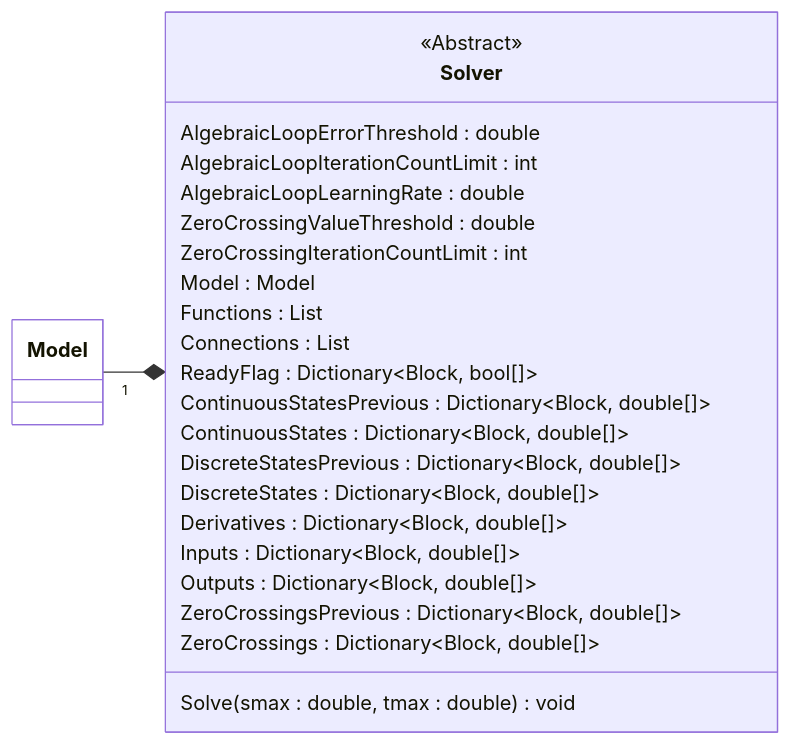
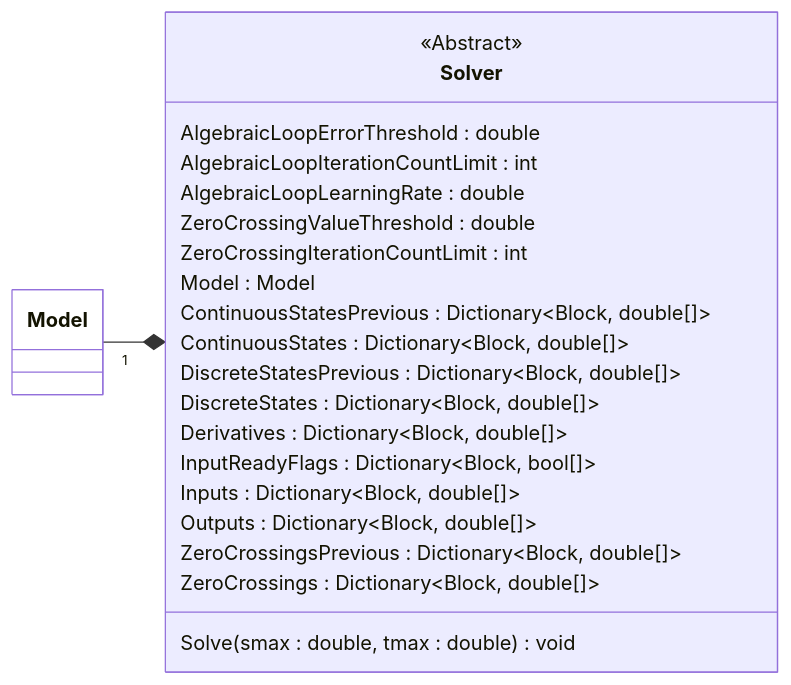
One commit to ghackenberg/kurs-computer-simulation changed the diagram in Quellen/WS25/SFunctionContinuous/Solver.mmd. Above: the diagram before and after it, drawn with Mermaid. The commit also changed 15 other files, not shown here.

```diff
--- a/Quellen/WS25/SFunctionContinuous/Solver.mmd
+++ b/Quellen/WS25/SFunctionContinuous/Solver.mmd
@@ -1,33 +1,31 @@
 classDiagram
 
     direction LR
 
     class Model {
     }
 
     class Solver {
         <<Abstract>>
         AlgebraicLoopErrorThreshold : double
         AlgebraicLoopIterationCountLimit : int
         AlgebraicLoopLearningRate : double
         ZeroCrossingValueThreshold : double
         ZeroCrossingIterationCountLimit : int
         Model : Model
-        Functions : List<Block>
-        Connections : List<Connection>
-        ReadyFlag : Dictionary~Block, bool[]~
         ContinuousStatesPrevious : Dictionary~Block, double[]~
         ContinuousStates : Dictionary~Block, double[]~
         DiscreteStatesPrevious : Dictionary~Block, double[]~
         DiscreteStates : Dictionary~Block, double[]~
         Derivatives : Dictionary~Block, double[]~
+        InputReadyFlags : Dictionary~Block, bool[]~
         Inputs : Dictionary~Block, double[]~
         Outputs : Dictionary~Block, double[]~
         ZeroCrossingsPrevious : Dictionary~Block, double[]~
         ZeroCrossings : Dictionary~Block, double[]~
         Solve(smax : double, tmax : double) void
     }
 
     Model "1" --* Solver
 
     style Model fill:white
```
